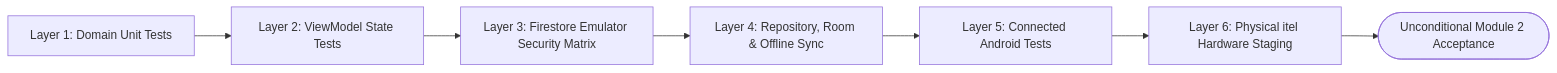
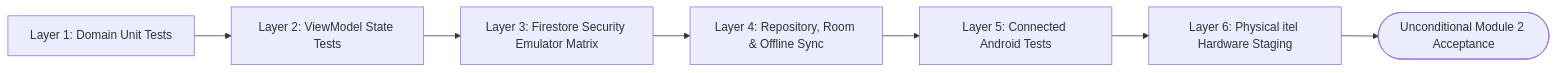
The diagram in docs/MODULE_2_RESIDENT_REQUEST_ACCEPTANCE_CHECKLIST.md (collinobeid/wastelink), drawn with Mermaid before and after one commit. The commit also changed other lines of this file and 1 other file, not shown here.

Commit message:
docs(module2): finalize v2.1 architecture and checklist incorporating all nine Lead Technical Director corrections

````diff
--- a/docs/MODULE_2_RESIDENT_REQUEST_ACCEPTANCE_CHECKLIST.md
+++ b/docs/MODULE_2_RESIDENT_REQUEST_ACCEPTANCE_CHECKLIST.md
@@ -17,9 +17,9 @@
 ```mermaid
 flowchart LR
     L1[Layer 1: Domain Unit Tests] --> L2[Layer 2: ViewModel State Tests]
-    L2 --> L3[Layer 3: Firestore Emulator Security Matrix]
+    L2 --> L3[Layer 3: Firestore Security Emulator Matrix]
     L3 --> L4[Layer 4: Repository, Room & Offline Sync]
     L4 --> L5[Layer 5: Connected Android Tests]
     L5 --> L6[Layer 6: Physical itel Hardware Staging]
     L6 --> SignOff([Unconditional Module 2 Acceptance])
 ```
````
